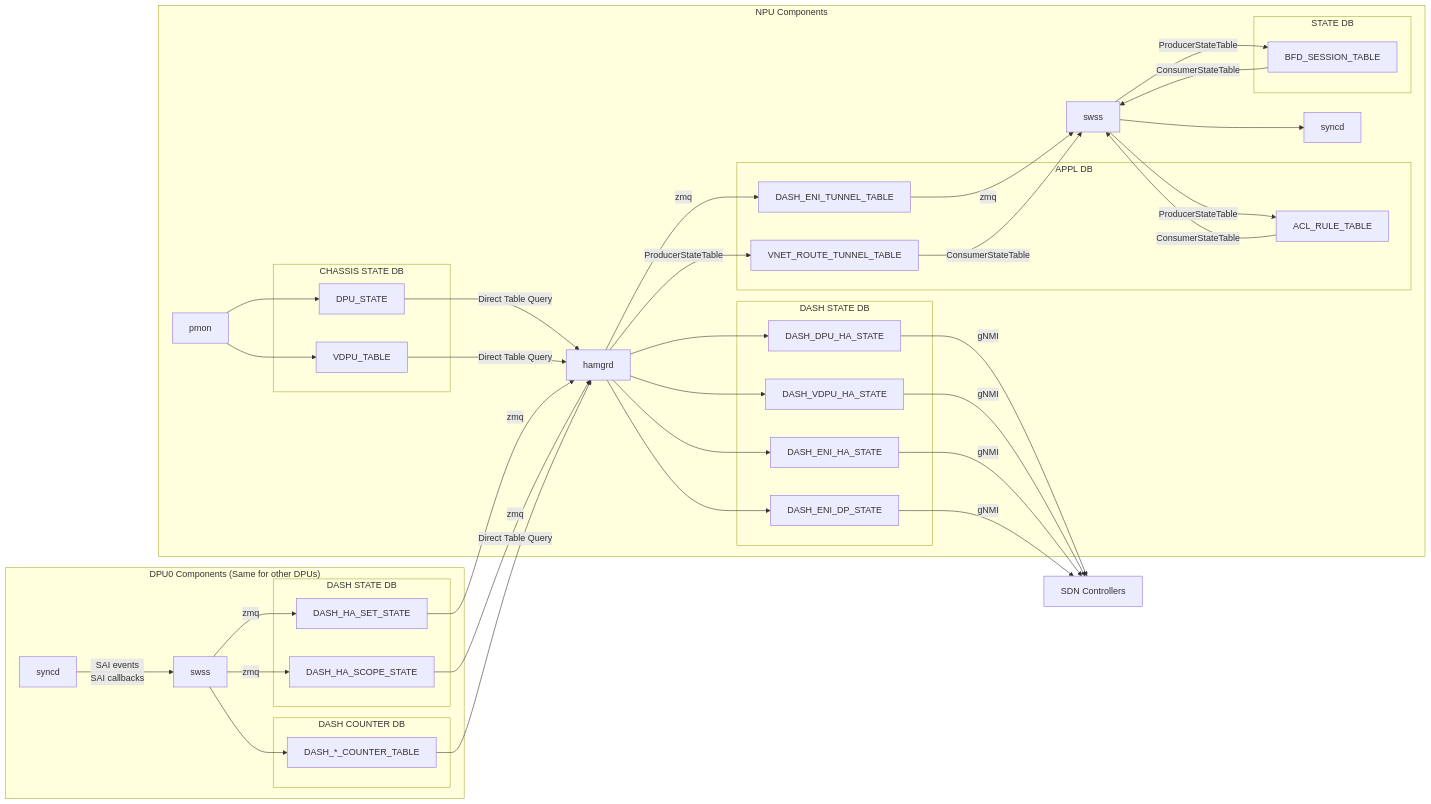
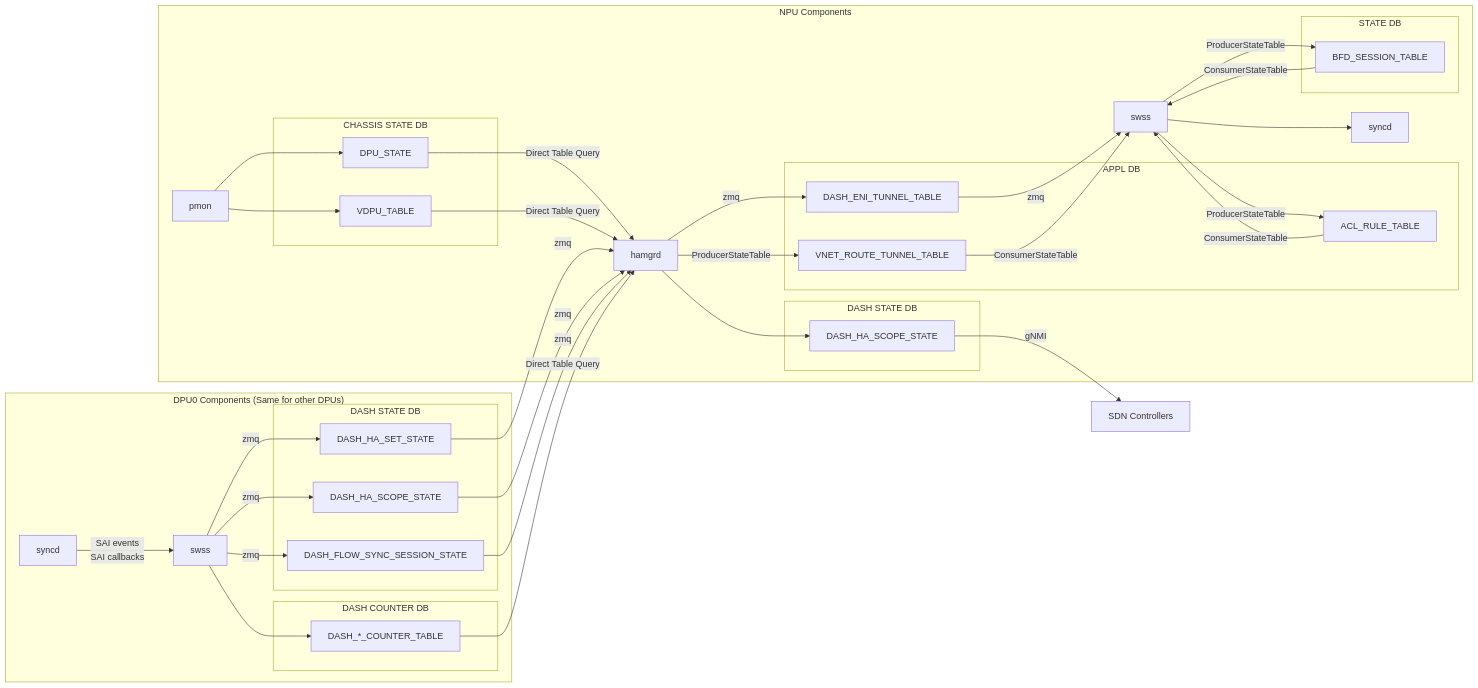
The second of 2 diagrams in doc/smart-switch/high-availability/smart-switch-ha-detailed-design.md (sonic-net/SONiC), drawn with Mermaid before and after one commit. The commit also changed other lines of this file, not shown here.

Commit message:
Reorganize the HA scope table fields.

````diff
--- a/doc/smart-switch/high-availability/smart-switch-ha-detailed-design.md
+++ b/doc/smart-switch/high-availability/smart-switch-ha-detailed-design.md
@@ -202,10 +219,7 @@
       end
 
       subgraph DASH STATE DB
-         NPU_DASH_DPU_HA_STATE[DASH_DPU_HA_STATE]
-         NPU_DASH_VDPU_HA_STATE[DASH_VDPU_HA_STATE]
-         NPU_DASH_ENI_HA_STATE[DASH_ENI_HA_STATE]
-         NPU_DASH_ENI_DP_STATE[DASH_ENI_DP_STATE]
+         NPU_DASH_HA_SCOPE_STATE[DASH_HA_SCOPE_STATE]
       end
    end
 
@@ -216,6 +230,7 @@
       subgraph DASH STATE DB
          DPU_DASH_HA_SET_STATE[DASH_HA_SET_STATE]
          DPU_DASH_HA_SCOPE_STATE[DASH_HA_SCOPE_STATE]
+         DPU_DASH_FLOW_SYNC_SESSION_STATE[DASH_FLOW_SYNC_SESSION_STATE]
       end
 
       subgraph DASH COUNTER DB
@@ -245,15 +260,13 @@
    %% DPU tables --> hamgrd:
    DPU_DASH_HA_SET_STATE --> |zmq| NPU_HAMGRD
    DPU_DASH_HA_SCOPE_STATE --> |zmq| NPU_HAMGRD
+   DPU_DASH_FLOW_SYNC_SESSION_STATE --> |zmq| NPU_HAMGRD
    DPU_DASH_COUNTERS --> |Direct Table Query| NPU_HAMGRD
 
    %% hamgrd --> NPU tables:
    NPU_HAMGRD --> |zmq| NPU_DASH_ENI_TUNNEL_TABLE
    NPU_HAMGRD --> |ProducerStateTable| NPU_VNET_ROUTE_TUNNEL_TABLE
-   NPU_HAMGRD --> NPU_DASH_DPU_HA_STATE
-   NPU_HAMGRD --> NPU_DASH_VDPU_HA_STATE
-   NPU_HAMGRD --> NPU_DASH_ENI_HA_STATE
-   NPU_HAMGRD --> NPU_DASH_ENI_DP_STATE
+   NPU_HAMGRD --> NPU_DASH_HA_SCOPE_STATE
 
    %% hamgrd --> DPU tables:
 
@@ -263,11 +276,9 @@
    %% DPU swss --> DPU tables:
    DPU_SWSS --> |zmq| DPU_DASH_HA_SET_STATE
    DPU_SWSS --> |zmq| DPU_DASH_HA_SCOPE_STATE
+   DPU_SWSS --> |zmq| DPU_DASH_FLOW_SYNC_SESSION_STATE
    DPU_SWSS --> DPU_DASH_COUNTERS
 
    %% NPU state tables --> Upstream service:
-   NPU_DASH_DPU_HA_STATE --> |gNMI| SC
-   NPU_DASH_VDPU_HA_STATE --> |gNMI| SC
-   NPU_DASH_ENI_HA_STATE --> |gNMI| SC
-   NPU_DASH_ENI_DP_STATE --> |gNMI| SC
+   NPU_DASH_HA_SCOPE_STATE --> |gNMI| SC
 ```
````
